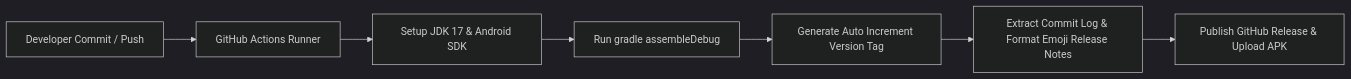
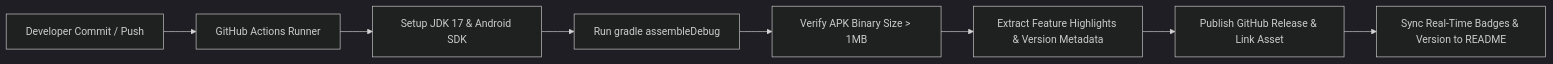
One commit to imsovikde/Khatatrack changed the diagram in README.md. Above: the diagram before and after it, drawn with Mermaid (dark theme). The commit also changed other lines of this file and 1 other file, not shown here.

Commit message:
docs: integrate real-time workflow status badges and live README release sync

````diff
--- a/README.md
+++ b/README.md
@@ -107,9 +107,10 @@
 ```mermaid
 flowchart LR
     A[ Developer Commit / Push ] --> B[ GitHub Actions Runner ]
     B --> C[ Setup JDK 17 & Android SDK ]
     C --> D[ Run gradle assembleDebug ]
-    D --> E[ Generate Auto Increment Version Tag ]
-    E --> F[ Extract Commit Log & Format Emoji Release Notes ]
-    F --> G[ Publish GitHub Release & Upload APK ]
+    D --> E[ Verify APK Binary Size > 1MB ]
+    E --> F[ Extract Feature Highlights & Version Metadata ]
+    F --> G[ Publish GitHub Release & Link Asset ]
+    G --> H[ Sync Real-Time Badges & Version to README ]
 ```
````
